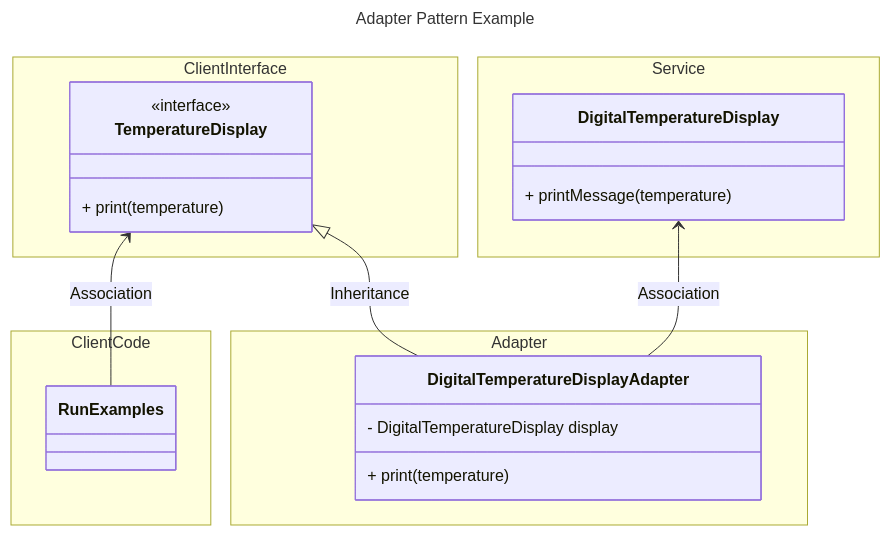
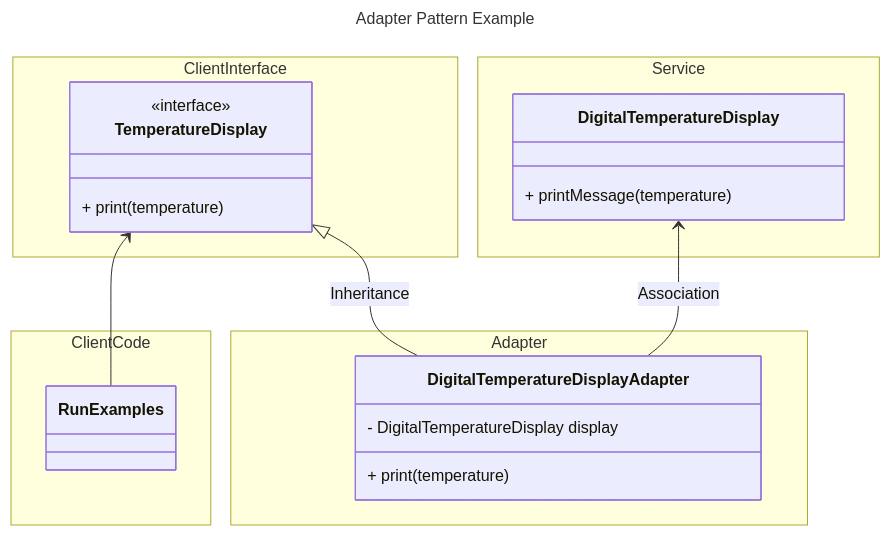
Before and after one commit to rochards/learning-cs: the diagram in design-patterns/README.md, drawn with Mermaid.

Commit message:
design-patterns:
update README.md

````diff
--- a/design-patterns/README.md
+++ b/design-patterns/README.md
@@ -34,30 +34,30 @@
 ```mermaid
 ---
 title: Adapter Pattern Example
 ---
 classDiagram
     namespace Client Code {
       class RunExamples {
       }
     }
     namespace Client Interface {
       class TemperatureDisplay {
         <<interface>>
         + print(temperature)
       }
     }
     namespace Adapter {
       class DigitalTemperatureDisplayAdapter {
         - DigitalTemperatureDisplay display
         + print(temperature)
       }
     }
     namespace Service {
       class DigitalTemperatureDisplay {
         + printMessage(temperature)
       }
     }
-    TemperatureDisplay <-- RunExamples: Association
+    TemperatureDisplay <-- RunExamples
     TemperatureDisplay <|-- DigitalTemperatureDisplayAdapter : Inheritance
     DigitalTemperatureDisplay <-- DigitalTemperatureDisplayAdapter : Association
 ```
````
